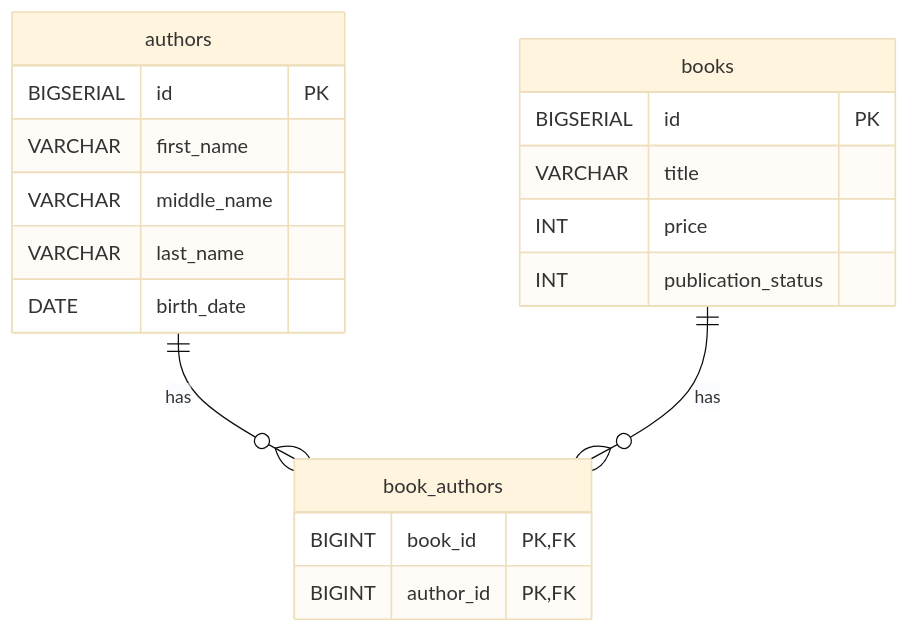
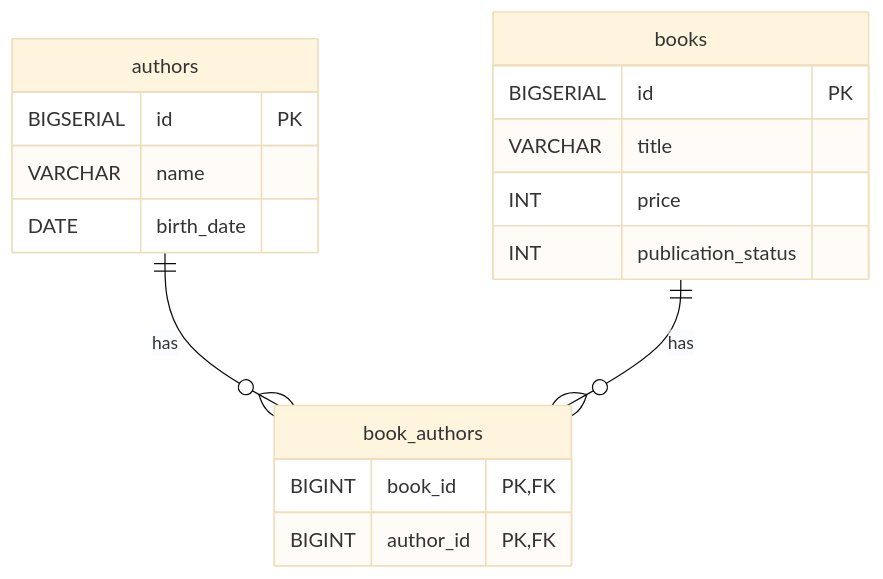
The diagram in README.md (shiori0803/demo), drawn with Mermaid (base theme) before and after one commit. The commit also changed 13 other files, not shown here.

````diff
--- a/README.md
+++ b/README.md
@@ -3,25 +3,23 @@
 ```mermaid
 erDiagram
     authors {
         BIGSERIAL id PK
-        VARCHAR first_name
-        VARCHAR middle_name
-        VARCHAR last_name
+        VARCHAR name
         DATE birth_date
     }
 
     books {
         BIGSERIAL id PK
         VARCHAR title
         INT price
         INT publication_status
     }
 
     book_authors {
         BIGINT book_id PK,FK
         BIGINT author_id PK,FK
     }
 
     authors ||--o{ book_authors : "has"
     books ||--o{ book_authors : "has"
 ```
````
